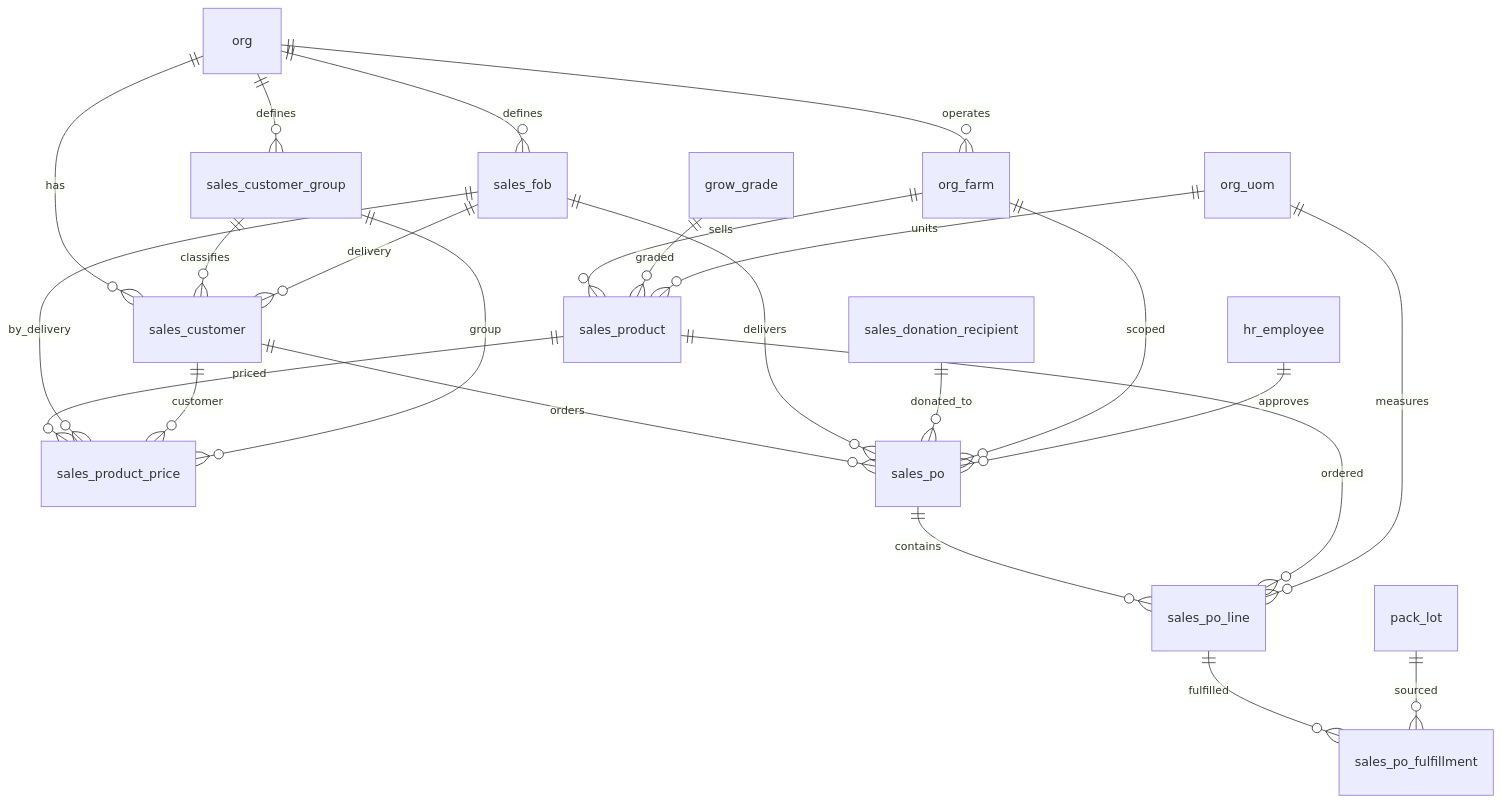
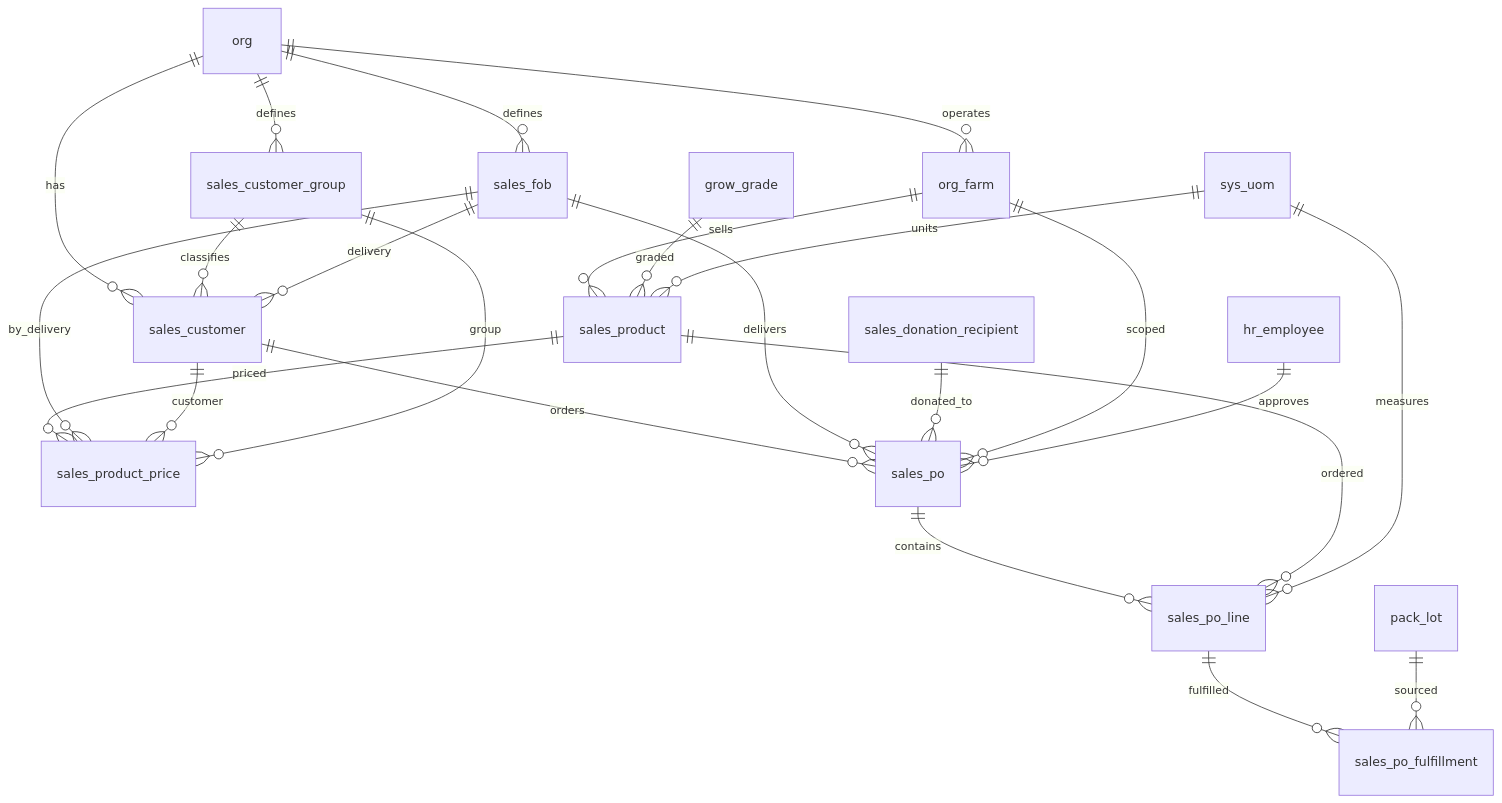
One commit to Hawaii-Farming/aloha-app changed the diagram in docs/schemas/20260319_07_sales.md. Above: the diagram before and after it, drawn with Mermaid. The commit also changed other lines of this file and 30 other files, not shown here.

````diff
--- a/docs/schemas/20260319_07_sales.md
+++ b/docs/schemas/20260319_07_sales.md
@@ -11,26 +11,26 @@
 ```mermaid
 erDiagram
     org ||--o{ org_farm : operates
     org ||--o{ sales_fob : defines
     org ||--o{ sales_customer_group : defines
     org ||--o{ sales_customer : has
     sales_customer_group ||--o{ sales_customer : classifies
     sales_fob ||--o{ sales_customer : delivery
     org_farm ||--o{ sales_product : sells
     grow_grade ||--o{ sales_product : graded
-    org_uom ||--o{ sales_product : units
+    sys_uom ||--o{ sales_product : units
     sales_product ||--o{ sales_product_price : priced
     sales_fob ||--o{ sales_product_price : by_delivery
     sales_customer ||--o{ sales_product_price : customer
     sales_customer_group ||--o{ sales_product_price : group
     sales_customer ||--o{ sales_po : orders
     sales_fob ||--o{ sales_po : delivers
     sales_donation_recipient ||--o{ sales_po : donated_to
     org_farm ||--o{ sales_po : scoped
     sales_po ||--o{ sales_po_line : contains
     sales_product ||--o{ sales_po_line : ordered
-    org_uom ||--o{ sales_po_line : measures
+    sys_uom ||--o{ sales_po_line : measures
     sales_po_line ||--o{ sales_po_fulfillment : fulfilled
     pack_lot ||--o{ sales_po_fulfillment : sourced
     hr_employee ||--o{ sales_po : approves
 ```
````
